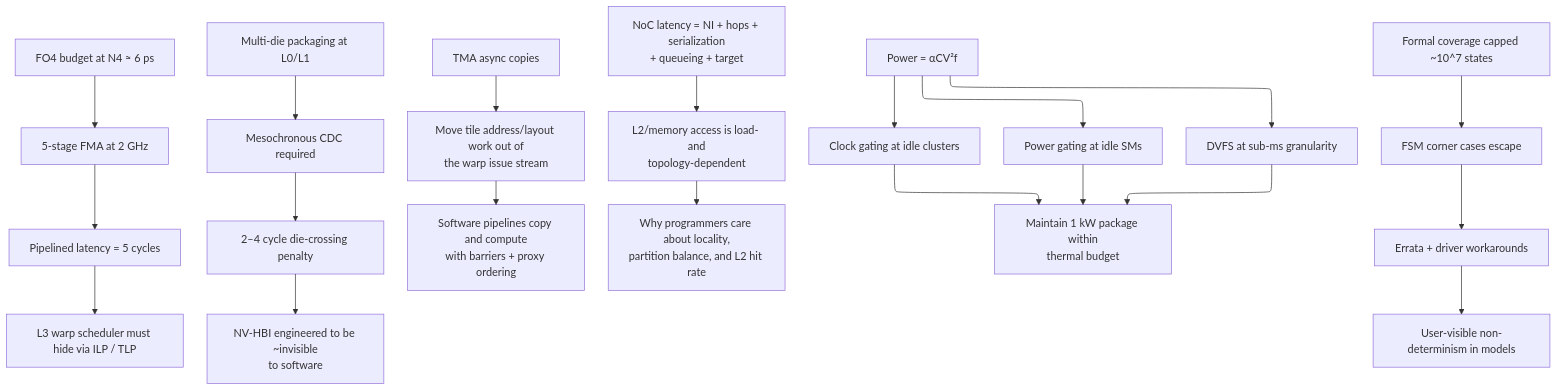
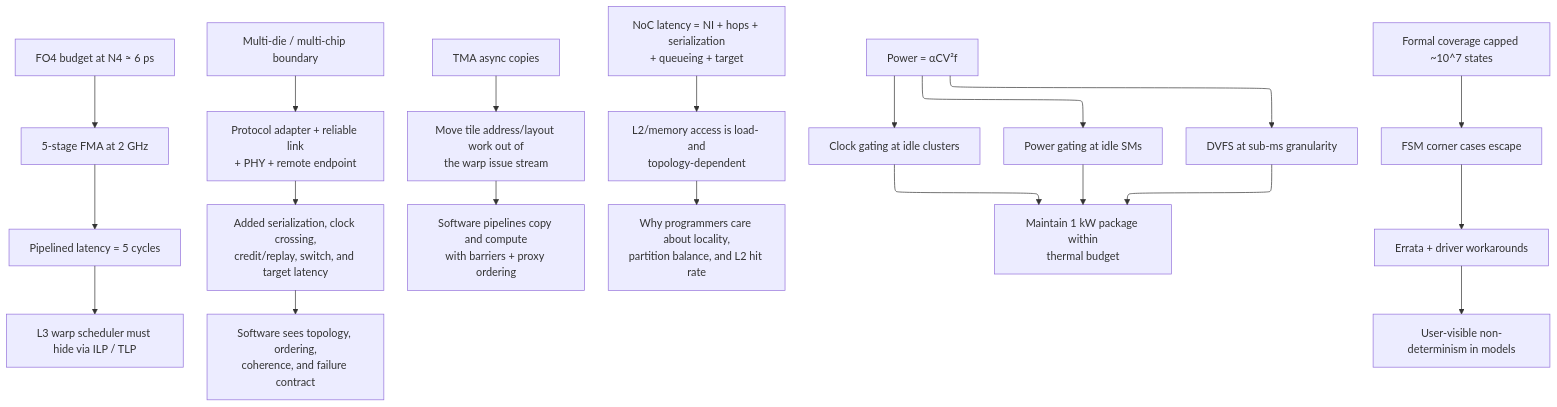
Before and after one commit to Wty2003328/ai_infra_intro: diagram 17 of 17 in L2_Digital_Design_for_AI/04_Digital_Design_For_AI.md, drawn with Mermaid. The commit also changed other lines of this file and 3 other files, not shown here.

Commit message:
Expand inter-chip fabric architecture

````diff
--- a/L2_Digital_Design_for_AI/04_Digital_Design_For_AI.md
+++ b/L2_Digital_Design_for_AI/04_Digital_Design_For_AI.md
@@ -879,26 +1085,26 @@
 ```mermaid
 %%{init: {"flowchart": {"defaultRenderer": "elk", "nodeSpacing": 60, "rankSpacing": 60, "htmlLabels": false}}}%%
 flowchart TD
     A[FO4 budget at N4 ≈ 6 ps] --> B[5-stage FMA at 2 GHz]
     B --> C[Pipelined latency = 5 cycles]
     C --> D["L3 warp scheduler must hide via ILP / TLP"]
 
-    E[Multi-die packaging at L0/L1] --> F[Mesochronous CDC required]
-    F --> G[2–4 cycle die-crossing penalty]
-    G --> H[NV-HBI engineered to be ~invisible<br/>to software]
+    E[Multi-die / multi-chip boundary] --> F[Protocol adapter + reliable link<br/>+ PHY + remote endpoint]
+    F --> G[Added serialization, clock crossing,<br/>credit/replay, switch, and target latency]
+    G --> H[Software sees topology, ordering,<br/>coherence, and failure contract]
 
     I[TMA async copies] --> J[Move tile address/layout work out of<br/>the warp issue stream]
     J --> K[Software pipelines copy and compute<br/>with barriers + proxy ordering]
 
     L[NoC latency = NI + hops + serialization<br/>+ queueing + target] --> M[L2/memory access is load- and<br/>topology-dependent]
     M --> N["Why programmers care about locality,<br/>partition balance, and L2 hit rate"]
 
     O["Power = αCV²f"] --> P[Clock gating at idle clusters]
     O --> Q[Power gating at idle SMs]
     O --> R[DVFS at sub-ms granularity]
     P & Q & R --> S[Maintain 1 kW package within<br/>thermal budget]
 
     T[Formal coverage capped ~10^7 states] --> U[FSM corner cases escape]
     U --> V[Errata + driver workarounds]
     V --> W["User-visible non-determinism in models"]
 ```
````
